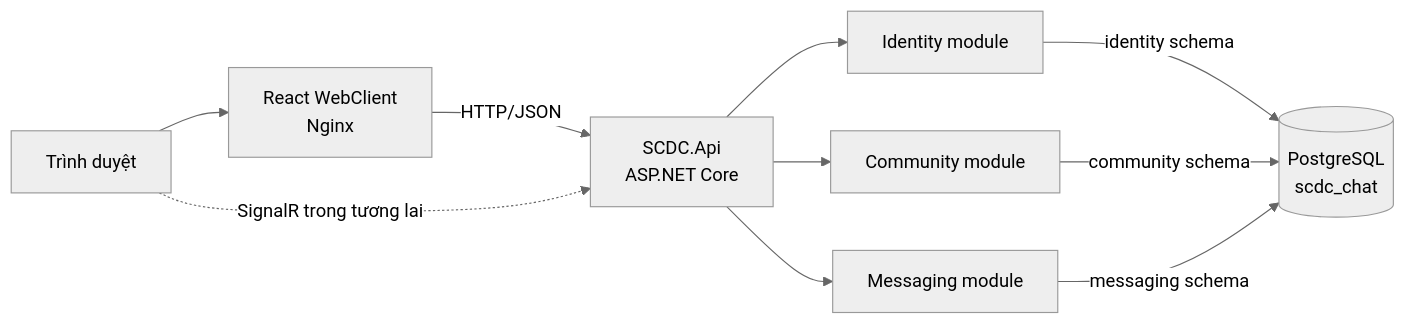
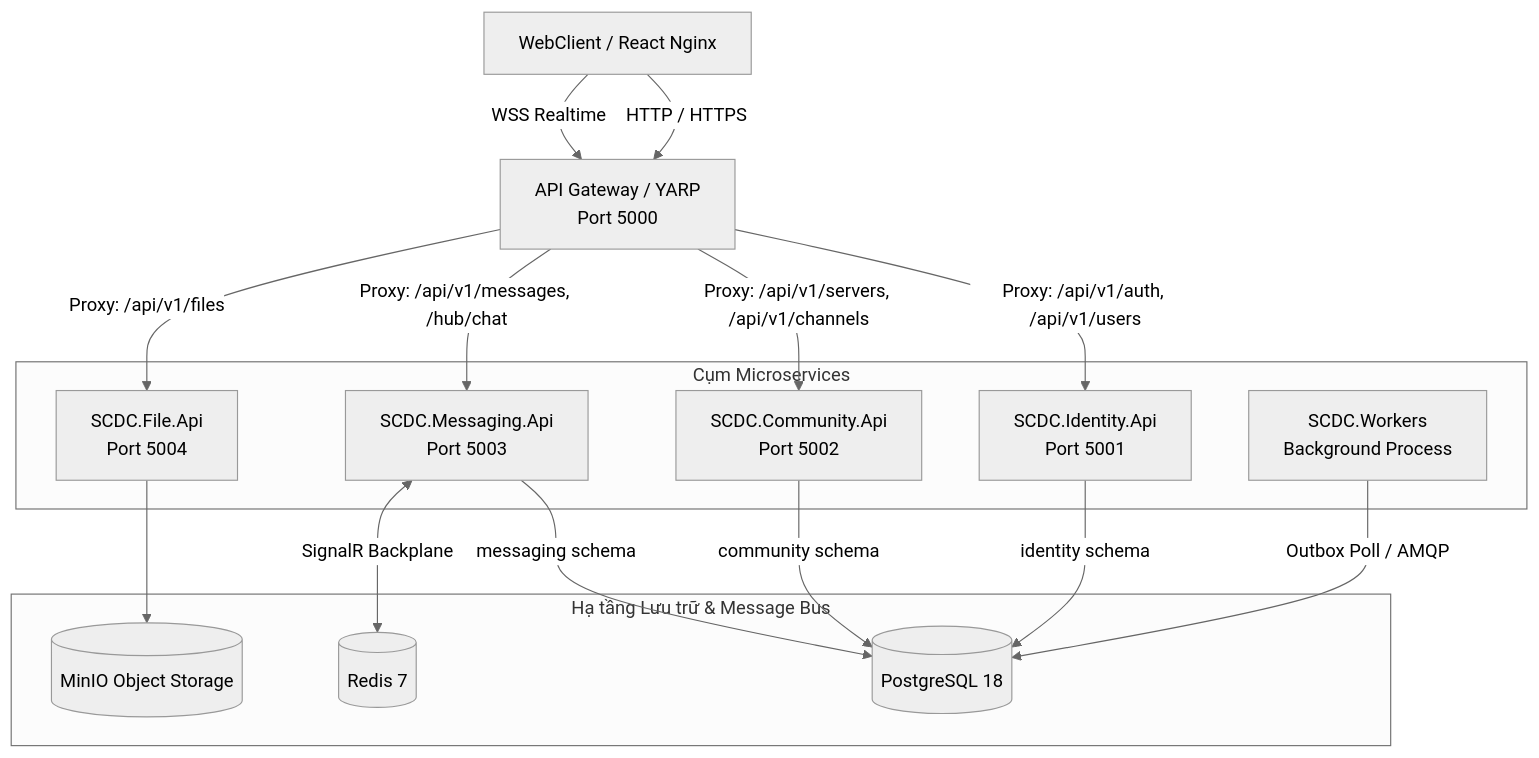
One commit to Chyeonma/scdc changed the second of 4 diagrams in docs/architecture/overview.md. Above: the diagram before and after it, drawn with Mermaid (neutral theme). The commit also changed other lines of this file and 12 other files, not shown here.

````diff
--- a/docs/architecture/overview.md
+++ b/docs/architecture/overview.md
@@ -70,20 +124,33 @@
 ```mermaid
-flowchart LR
-    Browser[Trình duyệt]
-    Web[React WebClient\nNginx]
-    Api[SCDC.Api\nASP.NET Core]
-    Identity[Identity module]
-    Community[Community module]
-    Messaging[Messaging module]
-    Db[(PostgreSQL\nscdc_chat)]
+flowchart TD
+    Client[WebClient / React Nginx]
+    Gateway[API Gateway / YARP\nPort 5000]
 
-    Browser --> Web
-    Web -->|HTTP/JSON| Api
-    Browser -.->|SignalR trong tương lai| Api
-    Api --> Identity
-    Api --> Community
-    Api --> Messaging
-    Identity -->|identity schema| Db
-    Community -->|community schema| Db
-    Messaging -->|messaging schema| Db
+    subgraph Services[Cụm Microservices]
+        IdentitySvc[SCDC.Identity.Api\nPort 5001]
+        CommunitySvc[SCDC.Community.Api\nPort 5002]
+        MessagingSvc[SCDC.Messaging.Api\nPort 5003]
+        FileSvc[SCDC.File.Api\nPort 5004]
+        WorkerSvc[SCDC.Workers\nBackground Process]
+    end
+
+    subgraph DataStore[Hạ tầng Lưu trữ & Message Bus]
+        Postgres[(PostgreSQL 18)]
+        Redis[(Redis 7)]
+        MinIO[(MinIO Object Storage)]
+    end
+
+    Client -->|HTTP / HTTPS| Gateway
+    Client -->|WSS Realtime| Gateway
+    Gateway -->|Proxy: /api/v1/auth, /api/v1/users| IdentitySvc
+    Gateway -->|Proxy: /api/v1/servers, /api/v1/channels| CommunitySvc
+    Gateway -->|Proxy: /api/v1/messages, /hub/chat| MessagingSvc
+    Gateway -->|Proxy: /api/v1/files| FileSvc
+
+    IdentitySvc -->|identity schema| Postgres
+    CommunitySvc -->|community schema| Postgres
+    MessagingSvc -->|messaging schema| Postgres
+    MessagingSvc <-->|SignalR Backplane| Redis
+    FileSvc --> MinIO
+    WorkerSvc -->|Outbox Poll / AMQP| Postgres
 ```
````
